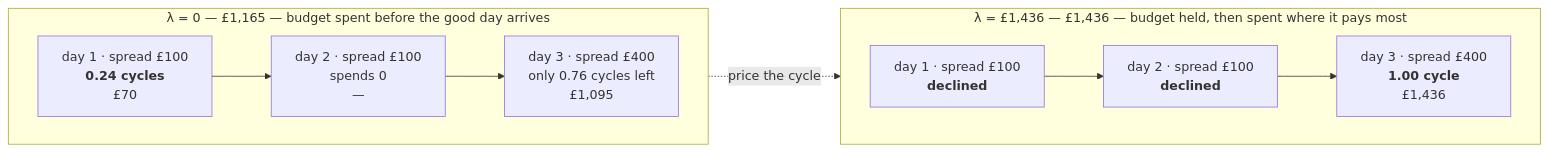
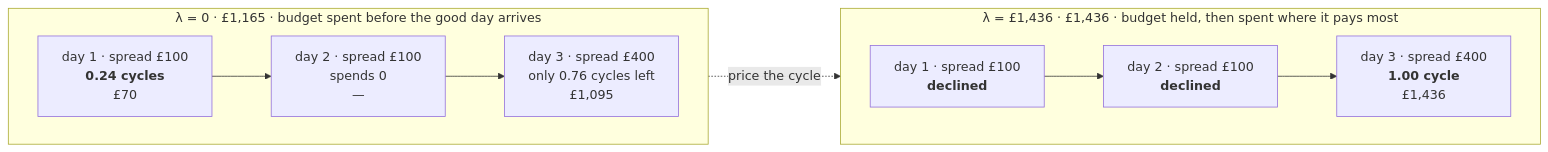
Before and after one commit to GuilhermePFM/BatteryCase: the first of 2 diagrams in docs/cycle-budget.md, drawn with Mermaid. The commit also changed other lines of this file and 20 other files, not shown here.

````diff
--- a/docs/cycle-budget.md
+++ b/docs/cycle-budget.md
@@ -77,12 +85,12 @@
 ```mermaid
 flowchart LR
-    subgraph A["λ = 0 — £1,165 — budget spent before the good day arrives"]
+    subgraph A["λ = 0 · £1,165 · budget spent before the good day arrives"]
         direction LR
         A1["day 1 · spread £100<br/><b>0.24 cycles</b><br/>£70"] --> A2["day 2 · spread £100<br/>spends 0<br/>—"] --> A3["day 3 · spread £400<br/>only 0.76 cycles left<br/>£1,095"]
     end
-    subgraph B["λ = £1,436 — £1,436 — budget held, then spent where it pays most"]
+    subgraph B["λ = £1,436 · £1,436 · budget held, then spent where it pays most"]
         direction LR
         B1["day 1 · spread £100<br/><b>declined</b>"] --> B2["day 2 · spread £100<br/><b>declined</b>"] --> B3["day 3 · spread £400<br/><b>1.00 cycle</b><br/>£1,436"]
     end
     A -.->|"price the cycle"| B
 ```
````
